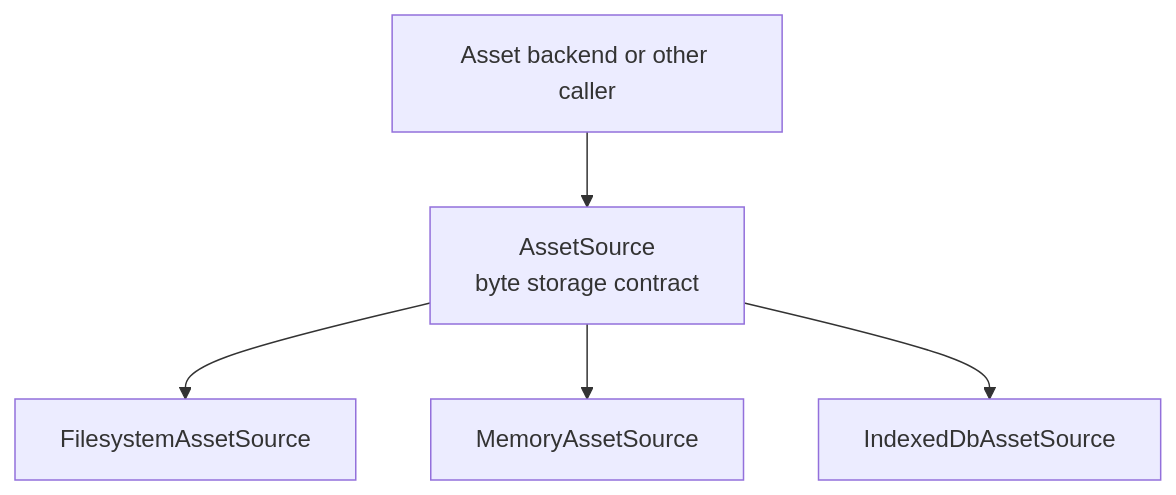
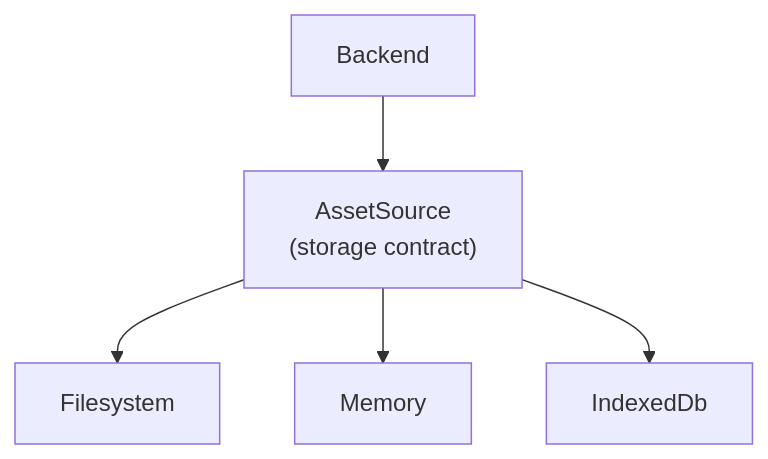
Before and after one commit to JollyPixel/editor: the diagram in packages/asset-source/README.md, drawn with Mermaid. The commit also changed other lines of this file and 33 other files, not shown here.

Commit message:
refactor(asset-source): review OOP implementations

````diff
--- a/packages/asset-source/README.md
+++ b/packages/asset-source/README.md
@@ -11,13 +11,13 @@
 ```mermaid
 flowchart TB
-    Caller["Asset backend or other caller"]
-    Contract["AssetSource<br/>byte storage contract"]
-    FS["FilesystemAssetSource"]
-    Memory["MemoryAssetSource"]
-    IDB["IndexedDbAssetSource"]
+    Caller["Backend"]
+    Contract["AssetSource<br/>(storage contract)"]
+    FS["Filesystem"]
+    Memory["Memory"]
+    IDB["IndexedDb"]
 
     Caller --> Contract
     Contract --> FS
     Contract --> Memory
     Contract --> IDB
 ```
````
